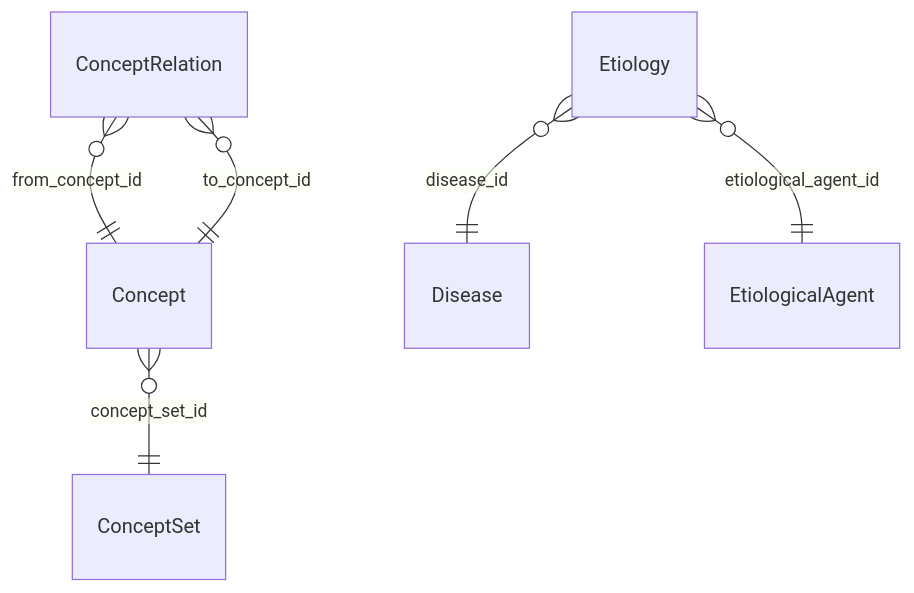
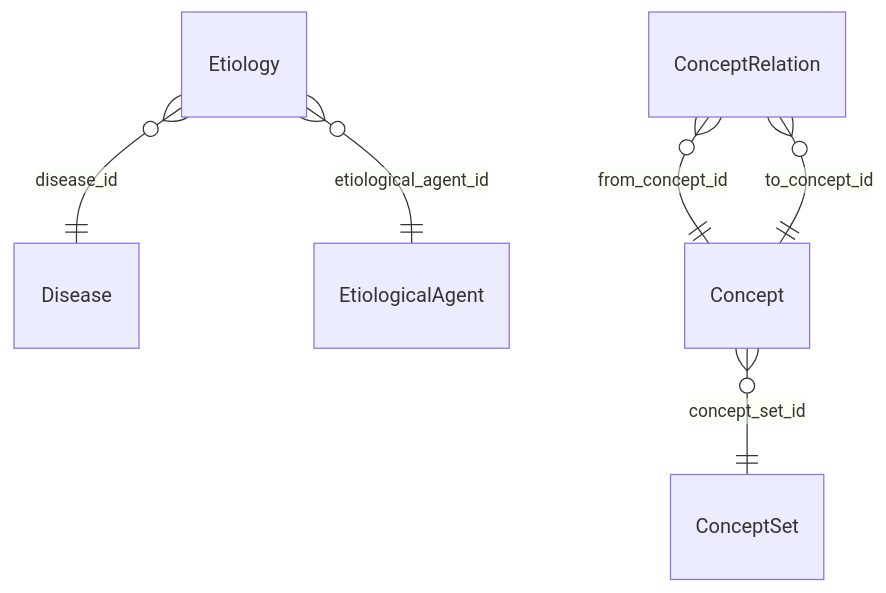
One commit to RIVM-bioinformatics/gen-epix-api changed the diagram in docs/erm/casedb.ontology.md. Above: the diagram before and after it, drawn with Mermaid. The commit also changed other lines of this file and 270 other files, not shown here.

````diff
--- a/docs/erm/casedb.ontology.md
+++ b/docs/erm/casedb.ontology.md
@@ -5,12 +5,12 @@
 ```mermaid
 erDiagram
     %% casedb / ONTOLOGY (simplified)
 
     %% Relationships
-    Concept }o--|| ConceptSet : "concept_set_id"
     Etiology }o--|| Disease : "disease_id"
     Etiology }o--|| EtiologicalAgent : "etiological_agent_id"
+    Concept }o--|| ConceptSet : "concept_set_id"
     ConceptRelation }o--|| Concept : "from_concept_id"
     ConceptRelation }o--|| Concept : "to_concept_id"
 
 ```
````
